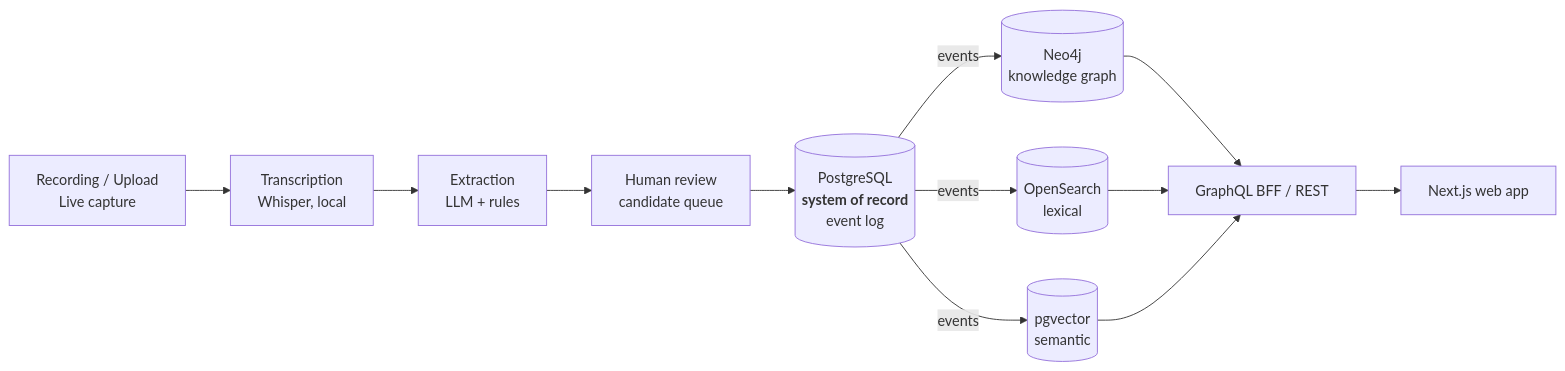
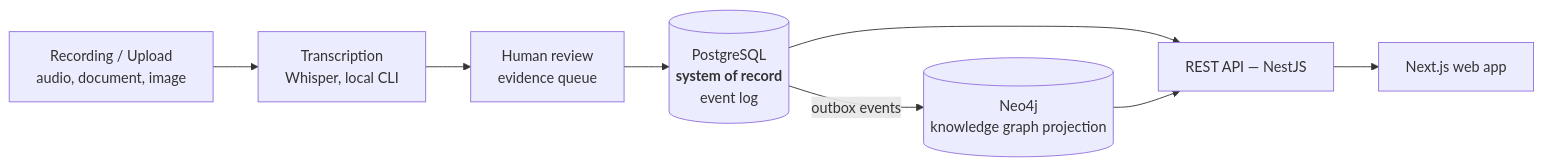
The diagram in README.md (scigns/witness), drawn with Mermaid before and after one commit. The commit also changed other lines of this file and 21 other files, not shown here.

````diff
--- a/README.md
+++ b/README.md
@@ -55,12 +55,10 @@
 ```mermaid
 flowchart LR
-  A[Recording / Upload<br/>Live capture] --> B[Transcription<br/>Whisper, local]
-  B --> C[Extraction<br/>LLM + rules]
-  C --> D[Human review<br/>candidate queue]
-  D --> E[(PostgreSQL<br/><b>system of record</b><br/>event log)]
-  E -->|events| F[(Neo4j<br/>knowledge graph)]
-  E -->|events| G[(OpenSearch<br/>lexical)]
-  E -->|events| H[(pgvector<br/>semantic)]
-  F & G & H --> I[GraphQL BFF / REST]
-  I --> J[Next.js web app]
+  A[Recording / Upload<br/>audio, document, image] --> B[Transcription<br/>Whisper, local CLI]
+  B --> C[Human review<br/>evidence queue]
+  C --> D[(PostgreSQL<br/><b>system of record</b><br/>event log)]
+  D -->|outbox events| E[(Neo4j<br/>knowledge graph projection)]
+  D --> F[REST API — NestJS]
+  E --> F
+  F --> G[Next.js web app]
 ```
````
